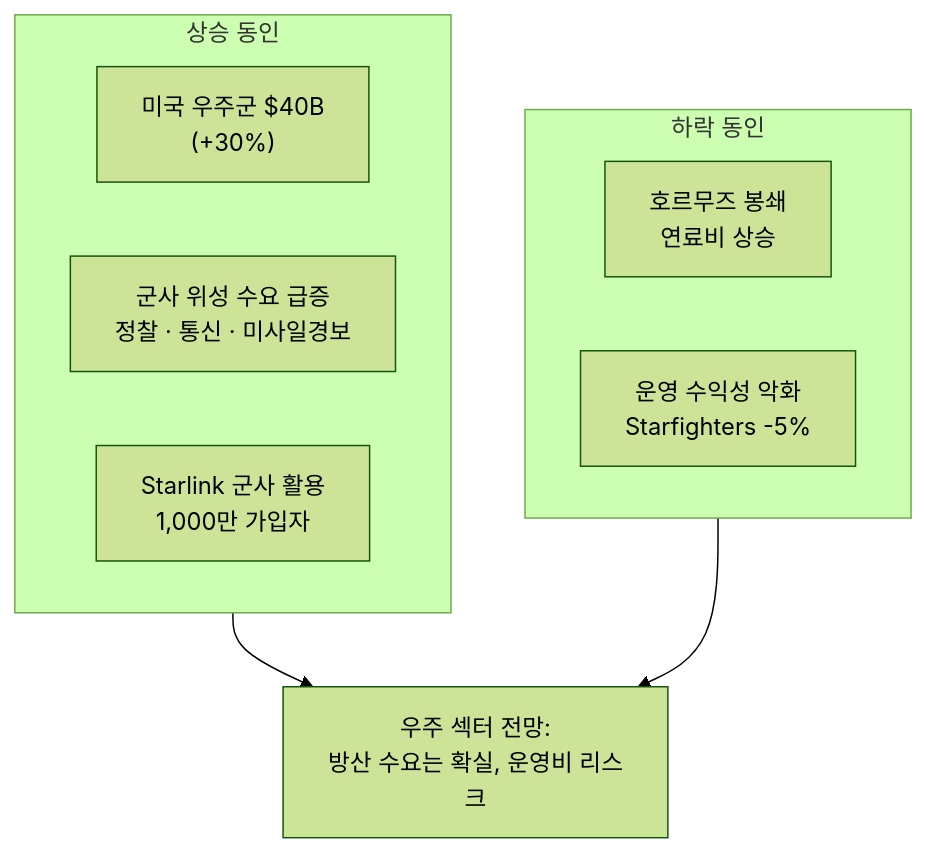
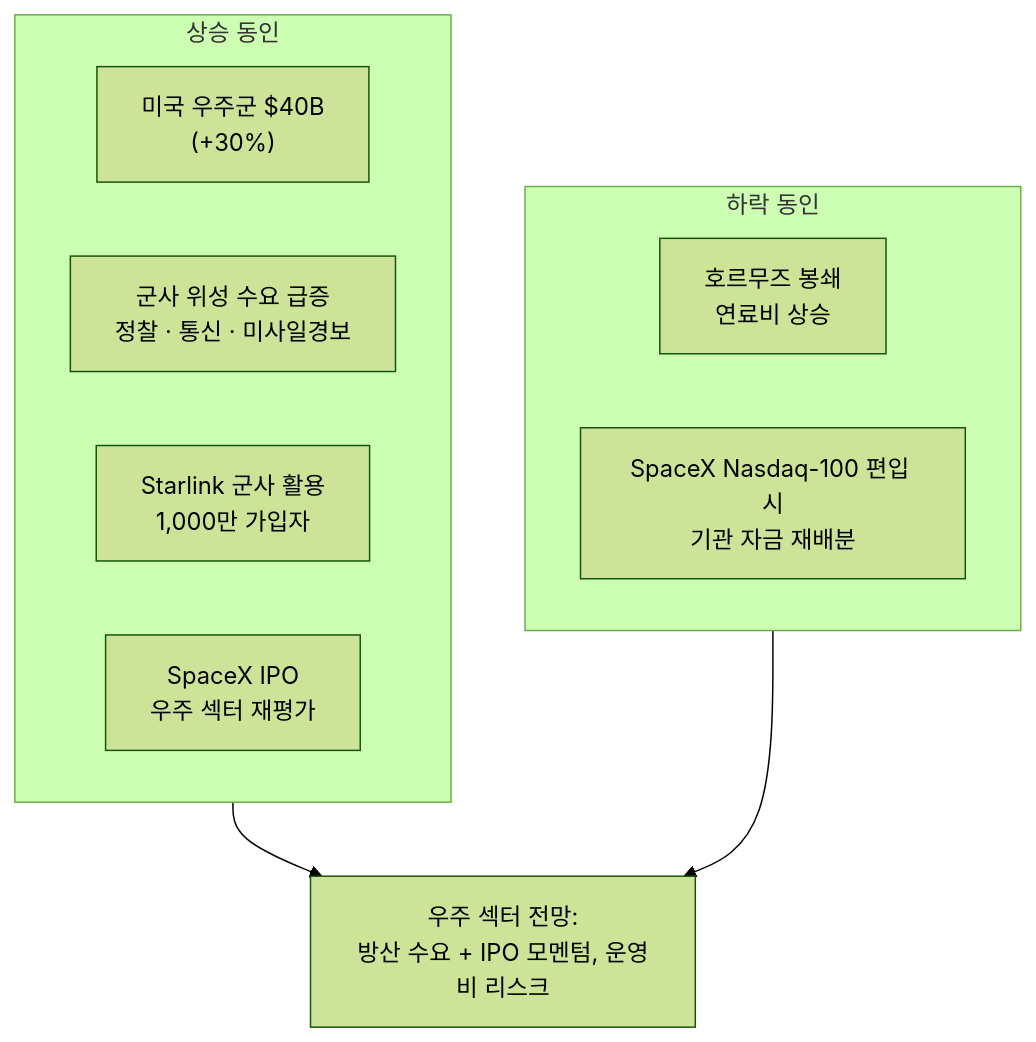
Before and after one commit to dss99911/dss99911.github.io: the sixth of 8 diagrams in _posts/knowledge/invest/2026-03-07-defense-space-sector-outlook-2026.md, drawn with Mermaid (forest theme). The commit also changed other lines of this file and 4 other files, not shown here.

First line of the commit message:
투자 전망 데일리 업데이트 (3/12): GTC D-4 Groq LPU, WTI $95 재반등, SpaceX IPO

````diff
--- a/_posts/knowledge/invest/2026-03-07-defense-space-sector-outlook-2026.md
+++ b/_posts/knowledge/invest/2026-03-07-defense-space-sector-outlook-2026.md
@@ -229,16 +276,17 @@
 ```mermaid
 graph TD
     subgraph Positive["상승 동인"]
         P1["미국 우주군 $40B<br/>(+30%)"]
         P2["군사 위성 수요 급증<br/>정찰 · 통신 · 미사일경보"]
         P3["Starlink 군사 활용<br/>1,000만 가입자"]
+        P4["SpaceX IPO<br/>우주 섹터 재평가"]
     end
 
     subgraph Negative["하락 동인"]
         N1["호르무즈 봉쇄<br/>연료비 상승"]
-        N2["운영 수익성 악화<br/>Starfighters -5%"]
+        N2["SpaceX Nasdaq-100 편입 시<br/>기관 자금 재배분"]
     end
 
-    Positive --> R["우주 섹터 전망&colon;<br/>방산 수요는 확실, 운영비 리스크"]
+    Positive --> R["우주 섹터 전망&colon;<br/>방산 수요 + IPO 모멘텀, 운영비 리스크"]
     Negative --> R
 ```
````
